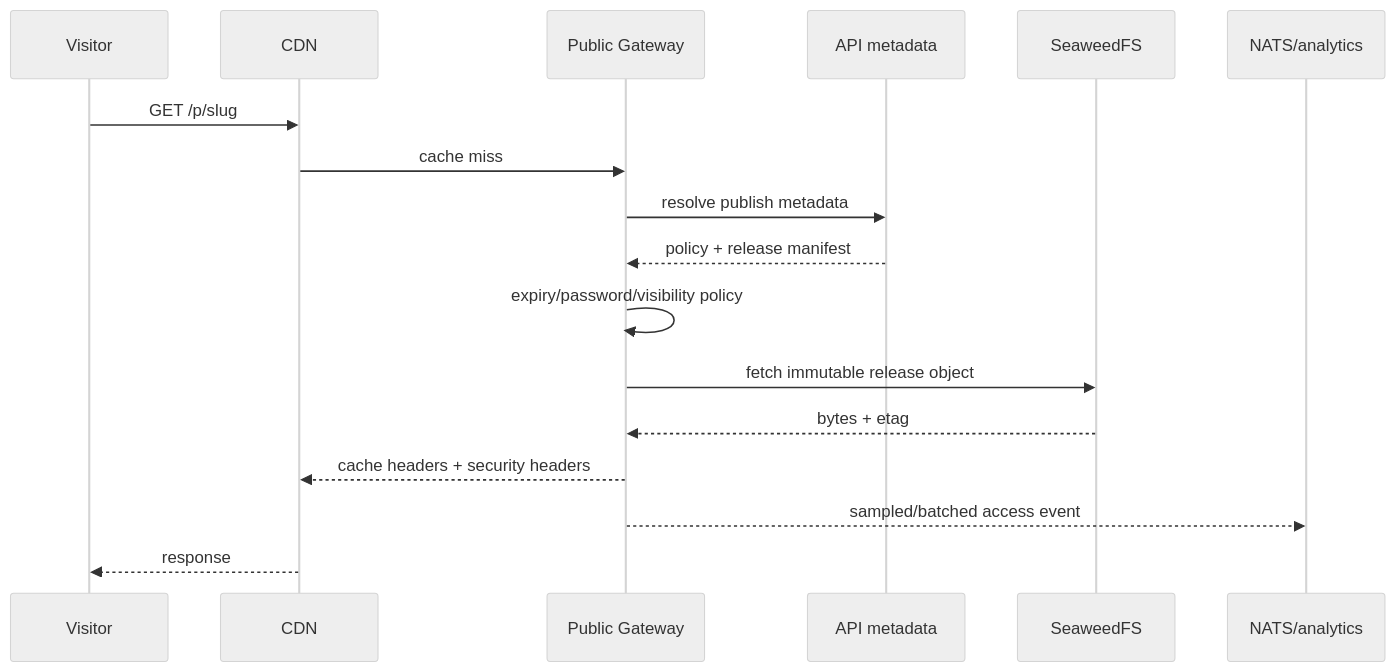
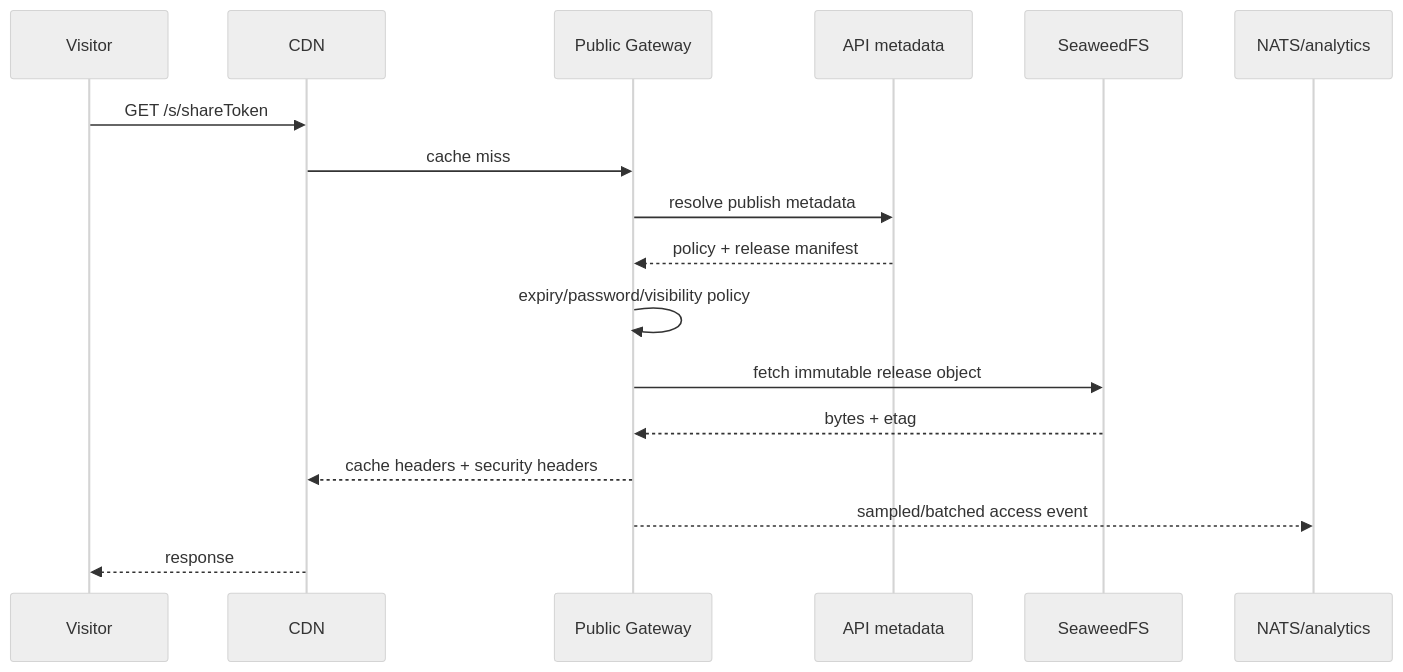
The diagram in docs/apps/public-gateway.md (shiguang-lab/asset-hub), drawn with Mermaid (neutral theme) before and after one commit. The commit also changed other lines of this file and 66 other files, not shown here.

````diff
--- a/docs/apps/public-gateway.md
+++ b/docs/apps/public-gateway.md
@@ -30,20 +33,20 @@
 ```mermaid
 sequenceDiagram
   participant V as Visitor
   participant CDN as CDN
   participant G as Public Gateway
   participant API as API metadata
   participant S3 as SeaweedFS
   participant N as NATS/analytics
 
-  V->>CDN: GET /p/slug
+  V->>CDN: GET /s/shareToken
   CDN->>G: cache miss
   G->>API: resolve publish metadata
   API-->>G: policy + release manifest
   G->>G: expiry/password/visibility policy
   G->>S3: fetch immutable release object
   S3-->>G: bytes + etag
   G-->>CDN: cache headers + security headers
   G-->>N: sampled/batched access event
   CDN-->>V: response
 ```
````
